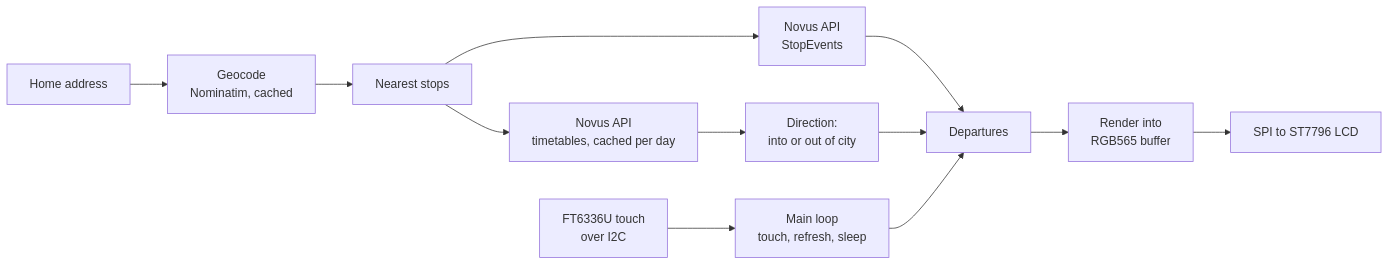
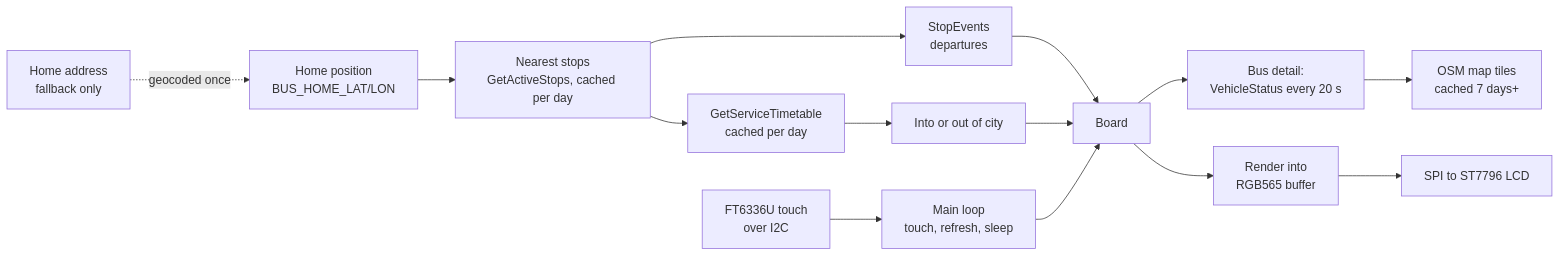
Before and after one commit to Hamish-MarshallDawson/Lothian-Api-Bus-Display: the diagram in README.md, drawn with Mermaid. The commit also changed other lines of this file and 5 other files, not shown here.

````diff
--- a/README.md
+++ b/README.md
@@ -30,14 +35,16 @@
 ```mermaid
 flowchart LR
-    A[Home address] --> B[Geocode<br/>Nominatim, cached]
-    B --> C[Nearest stops]
-    C --> D[Novus API<br/>StopEvents]
-    C --> T[Novus API<br/>timetables, cached per day]
-    T --> X[Direction:<br/>into or out of city]
-    D --> E[Departures]
+    A[Home position<br/>BUS_HOME_LAT/LON] --> C[Nearest stops<br/>GetActiveStops, cached per day]
+    G[Home address<br/>fallback only] -.->|geocoded once| A
+    C --> D[StopEvents<br/>departures]
+    C --> T[GetServiceTimetable<br/>cached per day]
+    T --> X[Into or out of city]
+    D --> E[Board]
     X --> E
+    E --> V[Bus detail:<br/>VehicleStatus every 20 s]
+    V --> M[OSM map tiles<br/>cached 7 days+]
     E --> F[Render into<br/>RGB565 buffer]
-    F --> G[SPI to ST7796 LCD]
+    F --> L[SPI to ST7796 LCD]
     H[FT6336U touch<br/>over I2C] --> I[Main loop<br/>touch, refresh, sleep]
     I --> E
 ```
````
